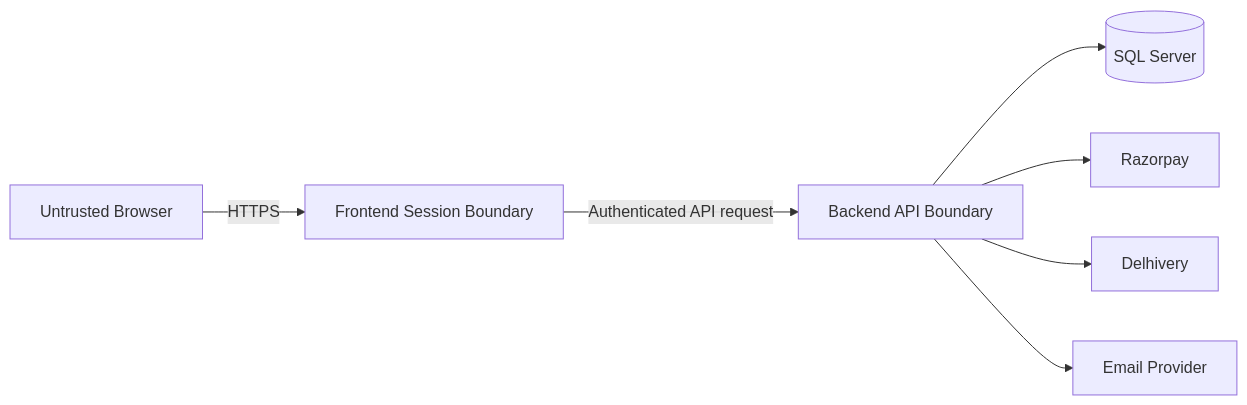
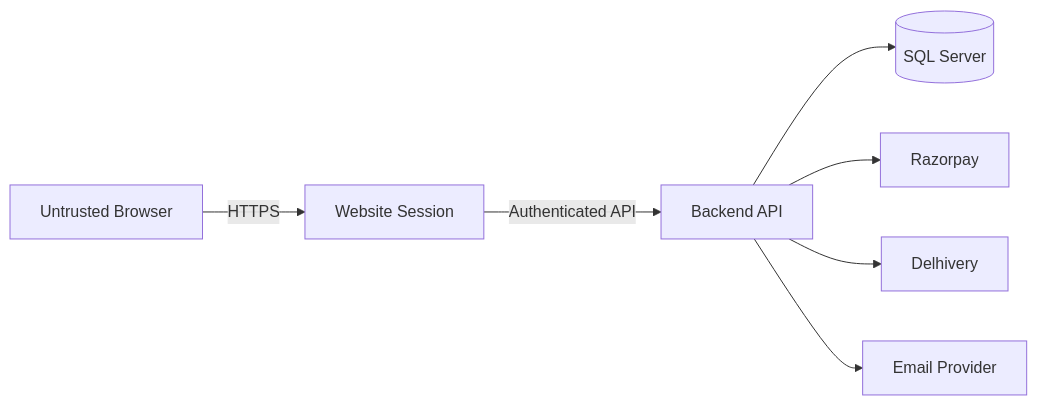
One commit to jaswanth5021/UbhayaFashions changed the diagram in docs/SECURITY.md. Above: the diagram before and after it, drawn with Mermaid. The commit also changed other lines of this file, not shown here.

````diff
--- a/docs/SECURITY.md
+++ b/docs/SECURITY.md
@@ -14,9 +10,9 @@
 ```mermaid
 flowchart LR
-    B[Untrusted Browser] -->|HTTPS| W[Frontend Session Boundary]
-    W -->|Authenticated API request| A[Backend API Boundary]
-    A --> D[(SQL Server)]
-    A --> P[Razorpay]
-    A --> C[Delhivery]
-    A --> E[Email Provider]
+ B[Untrusted Browser] -->|HTTPS| W[Website Session]
+ W -->|Authenticated API| A[Backend API]
+ A --> D[(SQL Server)]
+ A --> R[Razorpay]
+ A --> C[Delhivery]
+ A --> E[Email Provider]
 ```
````
